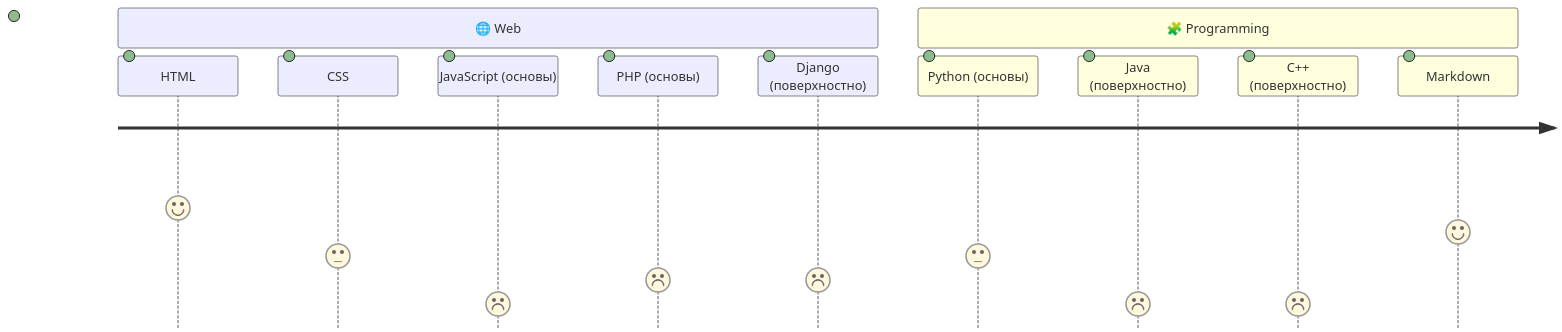
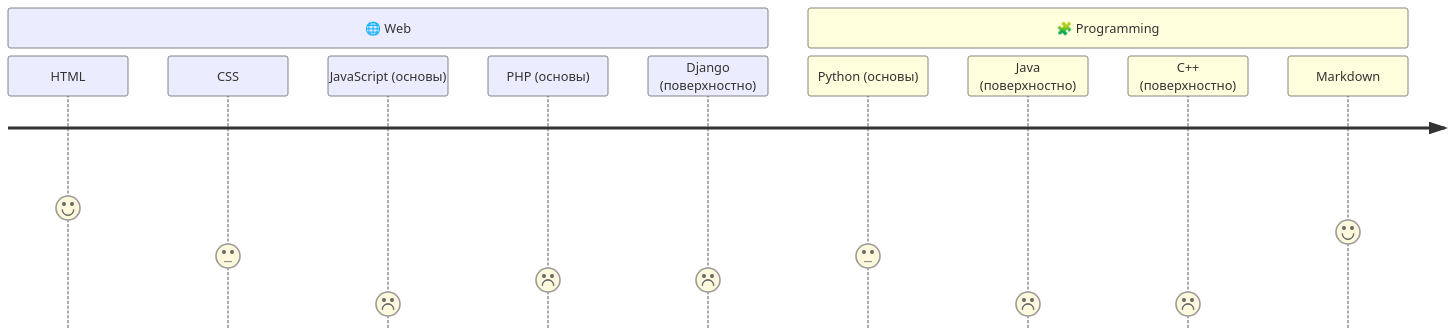
Before and after one commit to sttape/sttape: the first of 2 diagrams in README.md, drawn with Mermaid. The commit also changed other lines of this file, not shown here.

Commit message:
Remove unnecessary colons from README.md

````diff
--- a/README.md
+++ b/README.md
@@ -9,14 +9,14 @@
 ```mermaid
 journey
     section 🌐 Web
-      HTML: 5:
-      CSS: 3:
-      JavaScript (основы): 1:
-      PHP (основы): 2:
-      Django (поверхностно): 2:
+      HTML: 5
+      CSS: 3
+      JavaScript (основы): 1
+      PHP (основы): 2
+      Django (поверхностно): 2
     section 🧩 Programming
-      Python (основы): 3:
-      Java (поверхностно): 1:
-      C++ (поверхностно): 1:
-      Markdown: 4:
+      Python (основы): 3
+      Java (поверхностно): 1
+      C++ (поверхностно): 1
+      Markdown: 4
 ```
````
